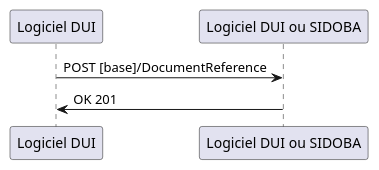
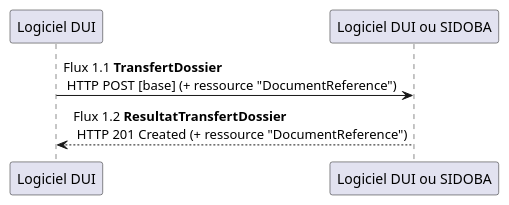
One commit to ansforge/IG-fhir-transfert-donnees-dui-esms changed the diagram in input/images-source/flux1.plantuml. Above: the diagram before and after it, drawn with PlantUML. The commit also changed 14 other files, not shown here.

```diff
--- a/input/images-source/flux1.plantuml
+++ b/input/images-source/flux1.plantuml
@@ -1,6 +1,6 @@
 @startuml
 
-"Logiciel DUI" -> "Logiciel DUI ou SIDOBA" : POST [base]/DocumentReference
-"Logiciel DUI" <- "Logiciel DUI ou SIDOBA" : OK 201
+"Logiciel DUI" -> "Logiciel DUI ou SIDOBA" : Flux 1.1 **TransfertDossier** \n HTTP POST [base] (+ ressource "DocumentReference")
+"Logiciel DUI" <-- "Logiciel DUI ou SIDOBA" : Flux 1.2 **ResultatTransfertDossier** \n HTTP 201 Created (+ ressource "DocumentReference")
 
 @enduml
```
